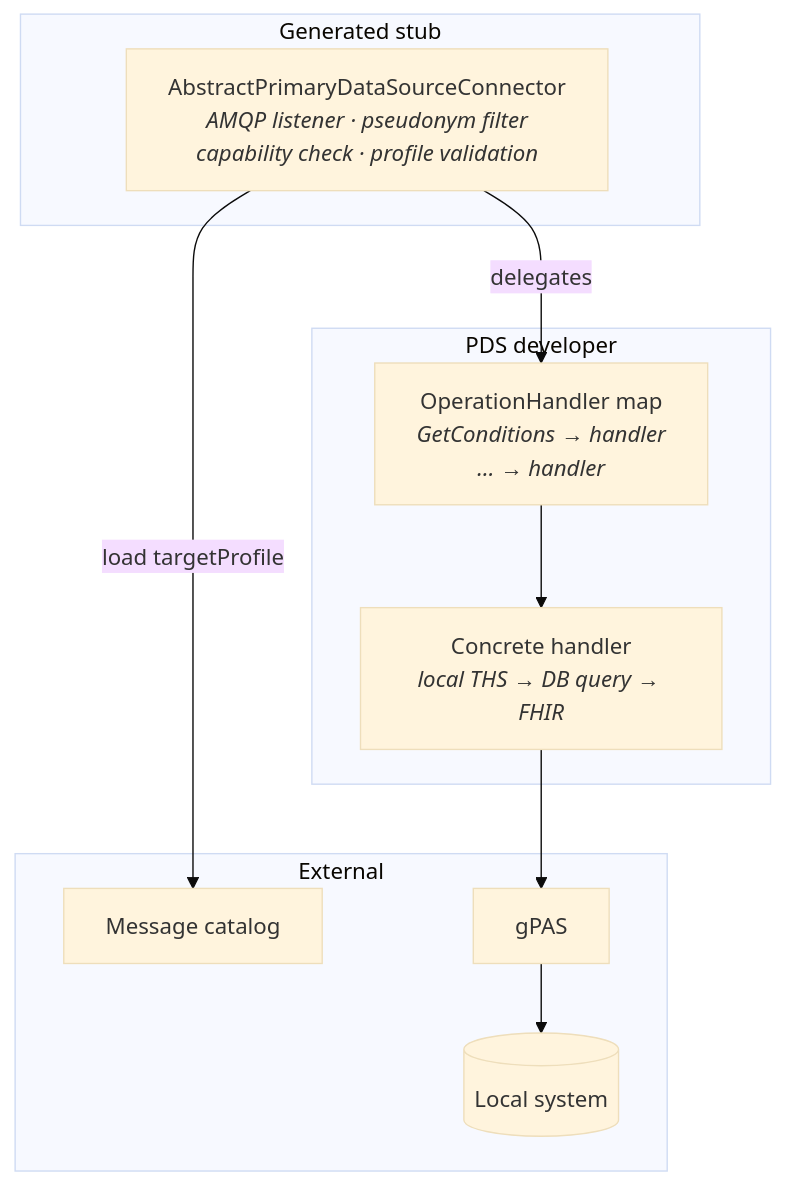
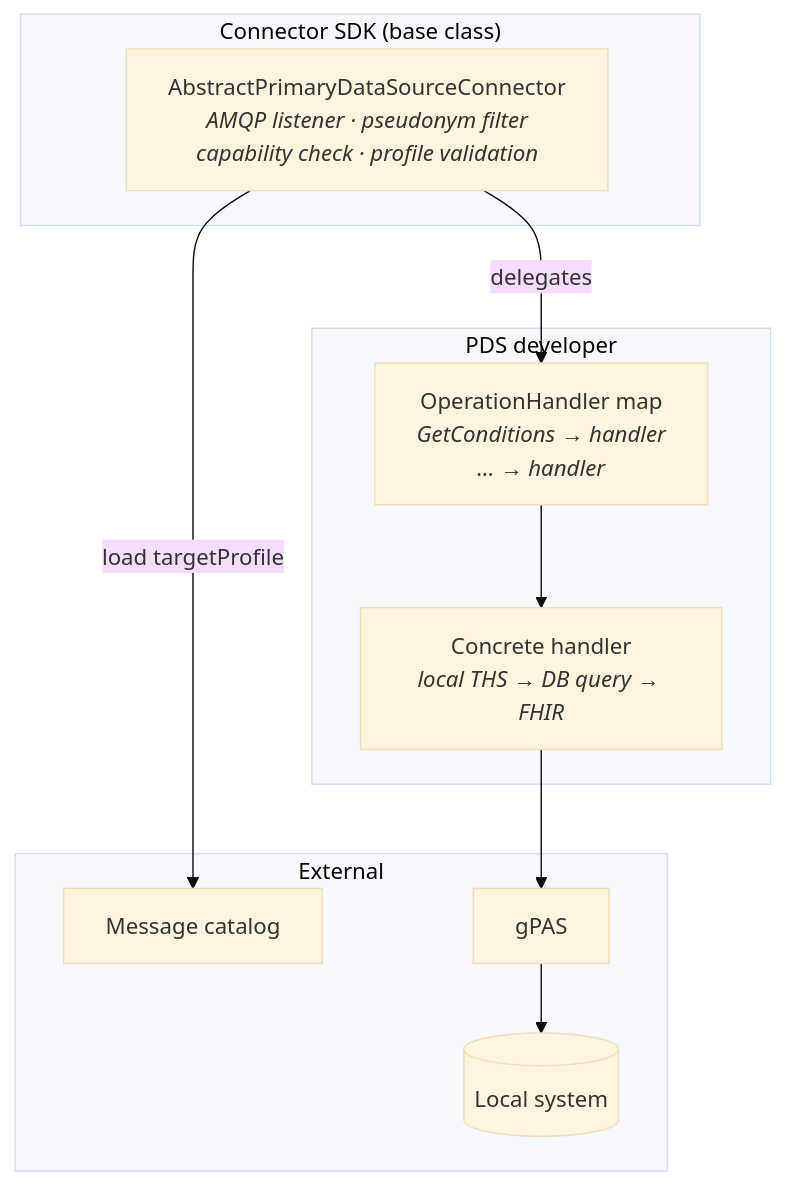
One commit to forschungsgruppe-digital-health/pds-query-broker changed the third of 3 diagrams in docs/arc42/05_building_block_view.md. Above: the diagram before and after it, drawn with Mermaid (base theme). The commit also changed other lines of this file and 11 other files, not shown here.

First line of the commit message:
docs(arc42): reconcile architecture docs with the current implementation (#47)

````diff
--- a/docs/arc42/05_building_block_view.md
+++ b/docs/arc42/05_building_block_view.md
@@ -68,19 +68,19 @@
 ```mermaid
 graph TB
-    subgraph "Generated stub"
+    subgraph "Connector SDK (base class)"
         ABS["AbstractPrimaryDataSourceConnector<br/><i>AMQP listener · pseudonym filter<br/>capability check · profile validation</i>"]
     end
     subgraph "PDS developer"
         MAP["OperationHandler map<br/><i>GetConditions → handler<br/>... → handler</i>"]
         H["Concrete handler<br/><i>local THS → DB query → FHIR</i>"]
     end
     subgraph "External"
         CAT["Message catalog"]
         LTHS["gPAS"]
         SRC[("Local system")]
     end
 
     ABS -->|"delegates"| MAP --> H
     H --> LTHS --> SRC
     ABS -->|"load targetProfile"| CAT
 ```
````
